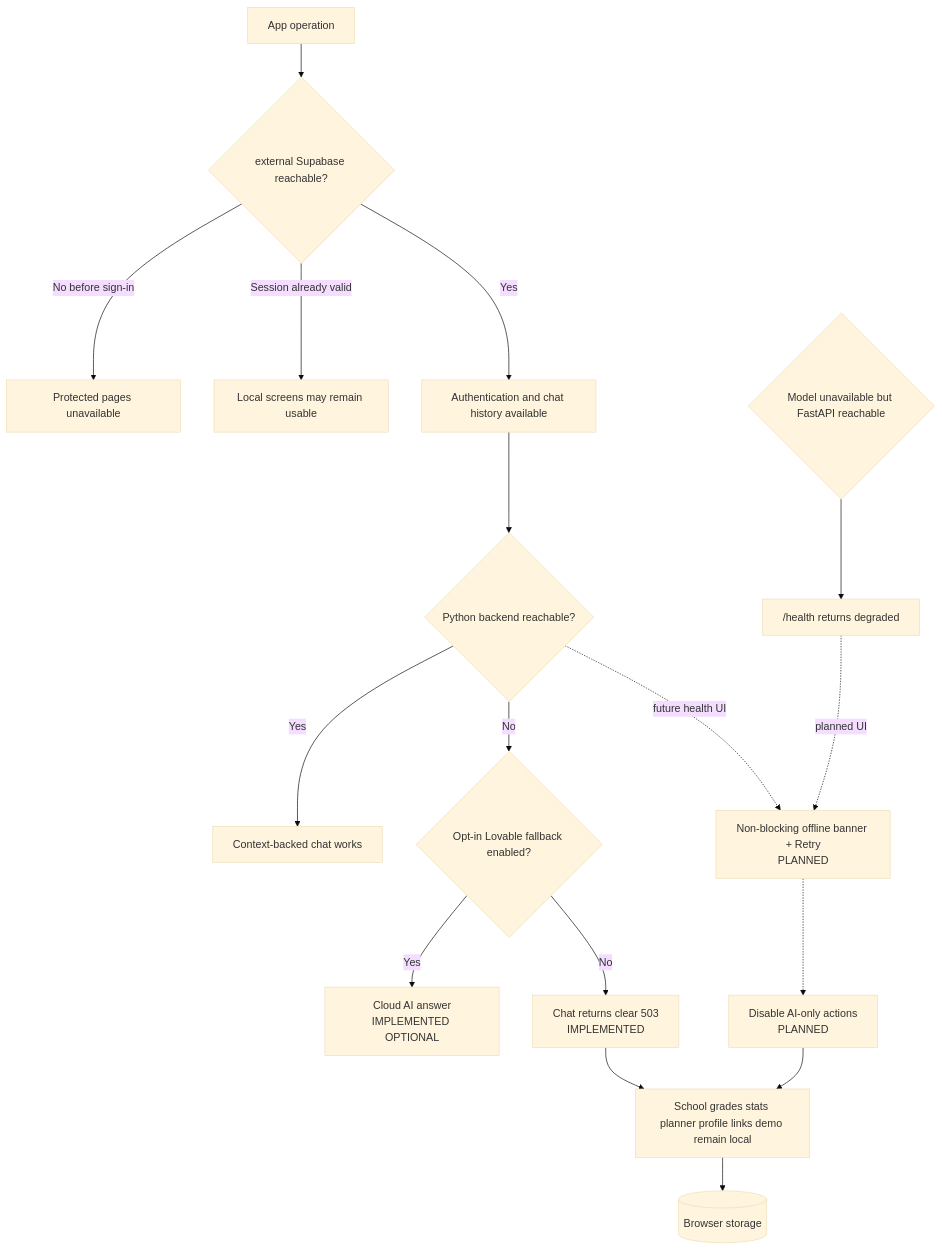
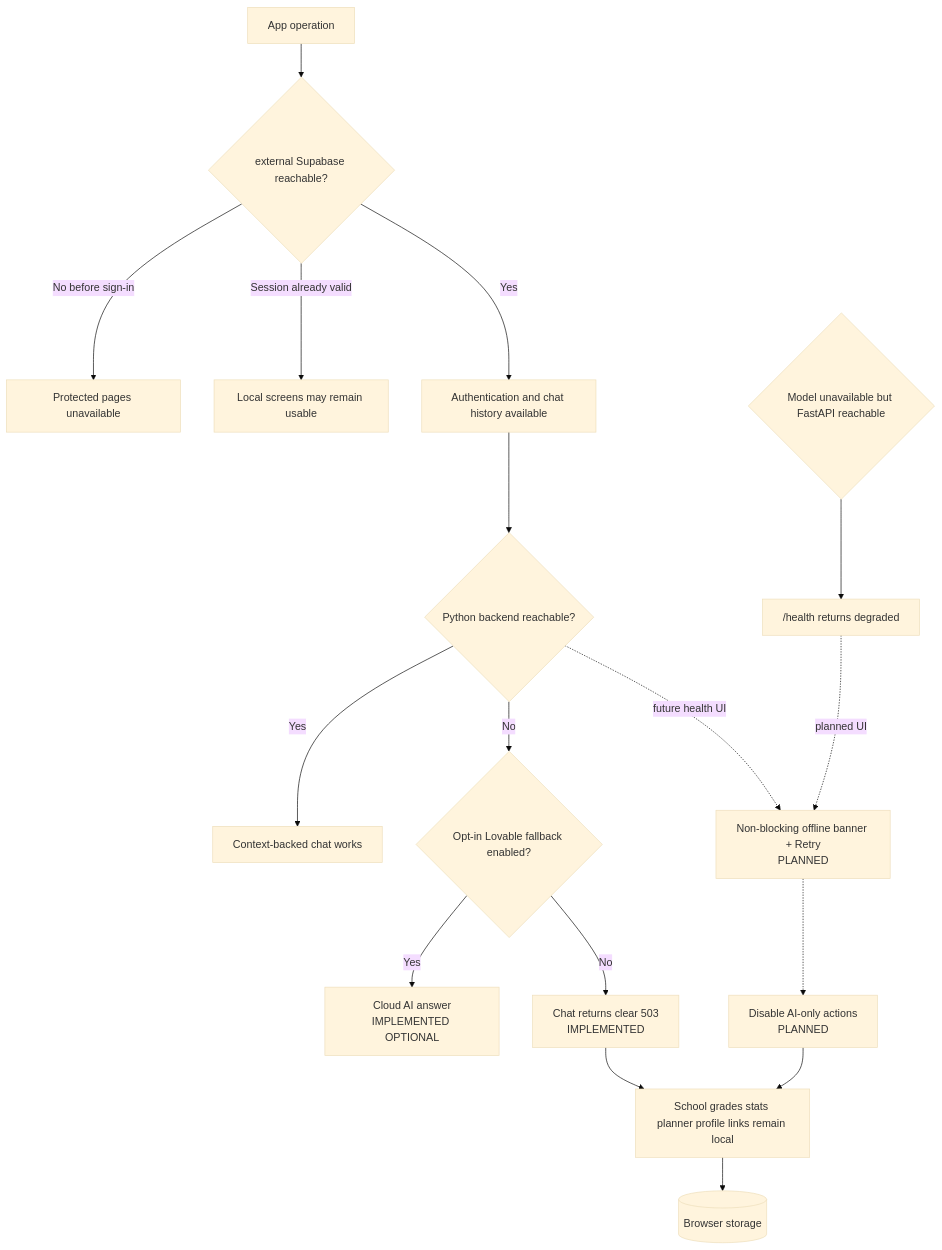
The diagram in docs/wireframes/15-offline-fallback.mmd (keyshavmor/study-swiss-star), drawn with Mermaid (base theme) before and after one commit. The commit also changed 80 other files, not shown here.

```diff
--- a/docs/wireframes/15-offline-fallback.mmd
+++ b/docs/wireframes/15-offline-fallback.mmd
@@ -1,17 +1,17 @@
 flowchart TD
   Start[App operation] --> Cloud{external Supabase reachable?}
   Cloud -->|No before sign-in| AuthBlocked[Protected pages unavailable]
   Cloud -->|Session already valid| LocalScreens[Local screens may remain usable]
   Cloud -->|Yes| Gate[Authentication and chat history available]
   Gate --> Python{Python backend reachable?}
   Python -->|Yes| AI[Context-backed chat works]
   Python -->|No| Fallback{Opt-in Lovable fallback enabled?}
   Fallback -->|Yes| Gateway[Cloud AI answer\nIMPLEMENTED OPTIONAL]
   Fallback -->|No| Error[Chat returns clear 503\nIMPLEMENTED]
   Python -. future health UI .-> Banner[Non-blocking offline banner + Retry\nPLANNED]
   Banner -.-> Disable[Disable AI-only actions\nPLANNED]
-  Error --> Continue[School grades stats planner profile links demo remain local]
+  Error --> Continue[School grades stats planner profile links remain local]
   Disable --> Continue
   Continue --> Store[(Browser storage)]
   ModelDown{Model unavailable but FastAPI reachable} --> Degraded["/health returns degraded"]
   Degraded -. planned UI .-> Banner
```
